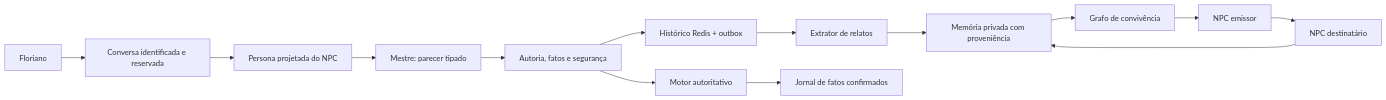
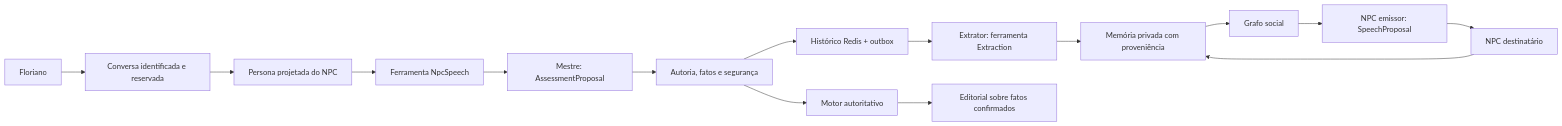
The first of 2 diagrams in docs/refatoracao_llm.md (Gusreis7/MemoriasLicantropicasGame), drawn with Mermaid before and after one commit. The commit also changed other lines of this file and 4 other files, not shown here.

Commit message:
docs: document native tool schemas and final src application layout

````diff
--- a/docs/refatoracao_llm.md
+++ b/docs/refatoracao_llm.md
@@ -28,16 +31,17 @@
 ```mermaid
 flowchart LR
-  Player[Floriano] --> Conversation[Conversa identificada e reservada]
-  Conversation --> Persona[Persona projetada do NPC]
-  Persona --> Master[Mestre: parecer tipado]
+  Player[Floriano] --> Session[Conversa identificada e reservada]
+  Session --> Persona[Persona projetada do NPC]
+  Persona --> Tool[Ferramenta NpcSpeech]
+  Tool --> Master[Mestre: AssessmentProposal]
   Master --> Validation[Autoria, fatos e segurança]
   Validation --> History[Histórico Redis + outbox]
-  History --> Extraction[Extrator de relatos]
+  History --> Extraction[Extrator: ferramenta Extraction]
   Extraction --> Knowledge[Memória privada com proveniência]
-  Knowledge --> Cycle[Grafo de convivência]
-  Cycle --> NPCa[NPC emissor]
-  NPCa --> NPCb[NPC destinatário]
-  NPCb --> Knowledge
+  Knowledge --> Cycle[Grafo social]
+  Cycle --> Speaker[NPC emissor: SpeechProposal]
+  Speaker --> Listener[NPC destinatário]
+  Listener --> Knowledge
   Validation --> Rules[Motor autoritativo]
-  Rules --> Journal[Jornal de fatos confirmados]
+  Rules --> Journal[Editorial sobre fatos confirmados]
 ```
````
